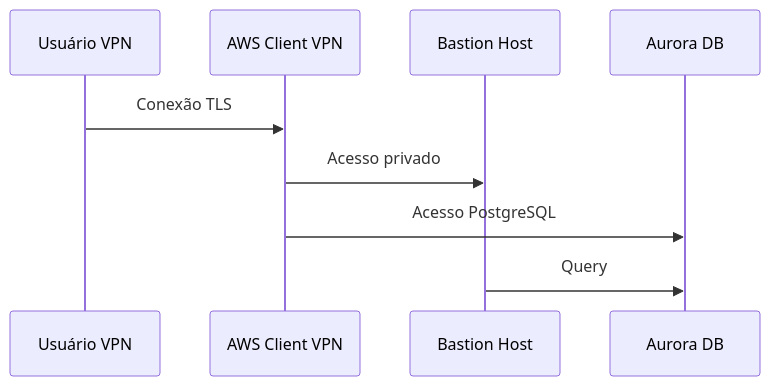
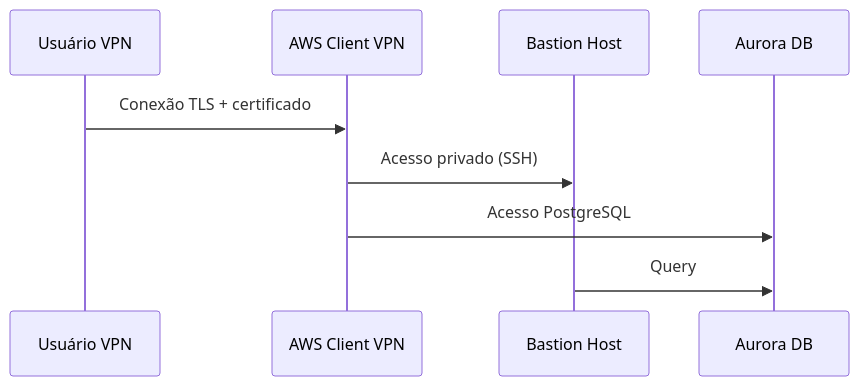
The second of 6 diagrams in README.md (enkumamoto/cdk_infra_test), drawn with Mermaid before and after one commit. The commit also changed other lines of this file and 9 other files, not shown here.

````diff
--- a/README.md
+++ b/README.md
@@ -87,12 +86,12 @@
 ```mermaid
 sequenceDiagram
     participant User as Usuário VPN
     participant VPN as AWS Client VPN
     participant Bastion as Bastion Host
     participant RDS as Aurora DB
 
-    User->>VPN: Conexão TLS
-    VPN->>Bastion: Acesso privado
+    User->>VPN: Conexão TLS + certificado
+    VPN->>Bastion: Acesso privado (SSH)
     VPN->>RDS: Acesso PostgreSQL
     Bastion->>RDS: Query
 ```
````
